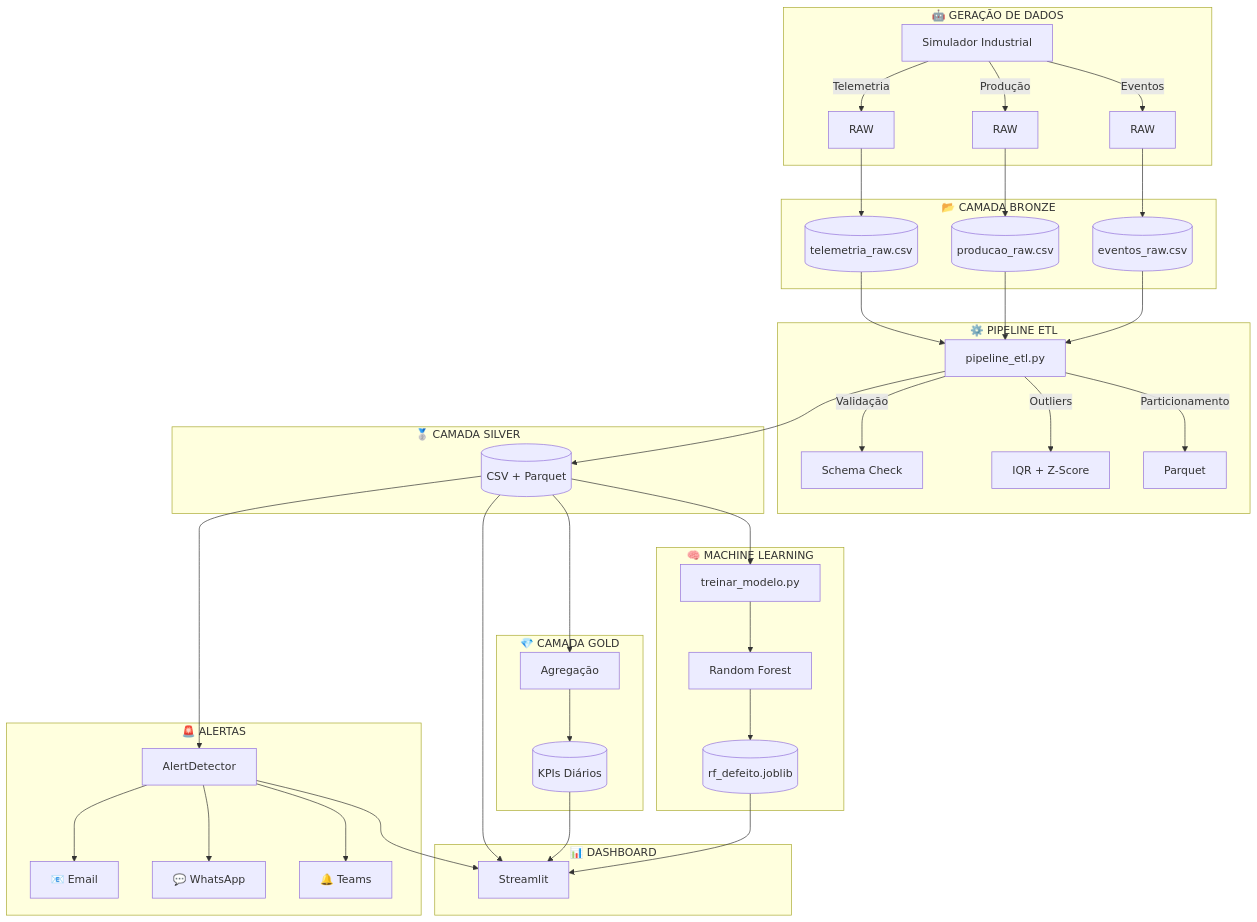
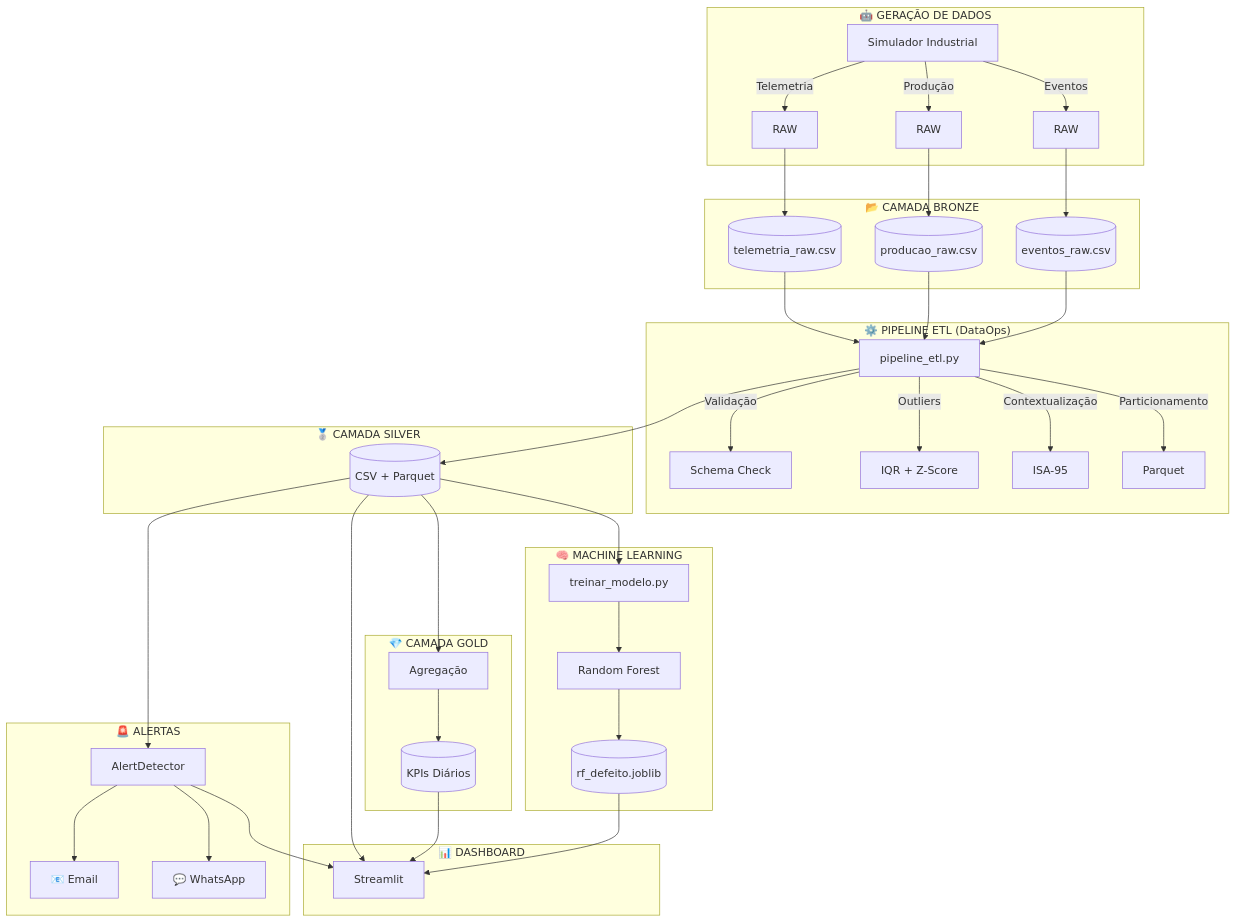
Before and after one commit to AntonioRamalho1/fabrica-projetosenai: the diagram in README.md, drawn with Mermaid. The commit also changed other lines of this file, not shown here.

````diff
--- a/README.md
+++ b/README.md
@@ -48,53 +50,53 @@
 ```mermaid
 graph TB
     subgraph "🤖 GERAÇÃO DE DADOS"
         A[Simulador Industrial]
         A -->|Telemetria| A1[RAW]
         A -->|Produção| A2[RAW]
         A -->|Eventos| A3[RAW]
     end
 
     subgraph "📂 CAMADA BRONZE"
         A1 --> B1[(telemetria_raw.csv)]
         A2 --> B2[(producao_raw.csv)]
         A3 --> B3[(eventos_raw.csv)]
     end
 
-    subgraph "⚙️ PIPELINE ETL"
+    subgraph "⚙️ PIPELINE ETL (DataOps)"
         B1 --> C[pipeline_etl.py]
         B2 --> C
         B3 --> C
         C -->|Validação| C1[Schema Check]
         C -->|Outliers| C2[IQR + Z-Score]
-        C -->|Particionamento| C3[Parquet]
+        C -->|Contextualização| C3[ISA-95]
+        C -->|Particionamento| C4[Parquet]
     end
 
     subgraph "🥈 CAMADA SILVER"
         C --> D1[(CSV + Parquet)]
     end
 
     subgraph "💎 CAMADA GOLD"
         D1 --> E[Agregação]
         E --> E1[(KPIs Diários)]
     end
 
     subgraph "🧠 MACHINE LEARNING"
         D1 --> F[treinar_modelo.py]
         F --> F1[Random Forest]
         F1 --> G[(rf_defeito.joblib)]
     end
 
     subgraph "🚨 ALERTAS"
         D1 --> H[AlertDetector]
         H --> I1[📧 Email]
         H --> I2[💬 WhatsApp]
-        H --> I3[🔔 Teams]
     end
 
     subgraph "📊 DASHBOARD"
         D1 --> J[Streamlit]
         E1 --> J
         G --> J
         H --> J
     end
 ```
````
